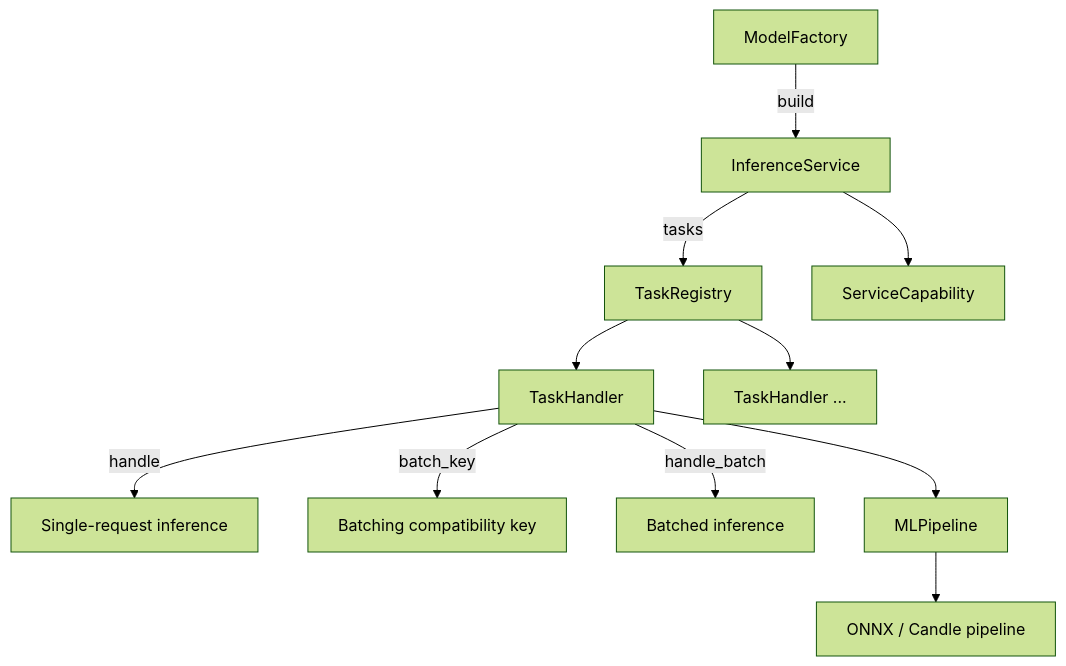
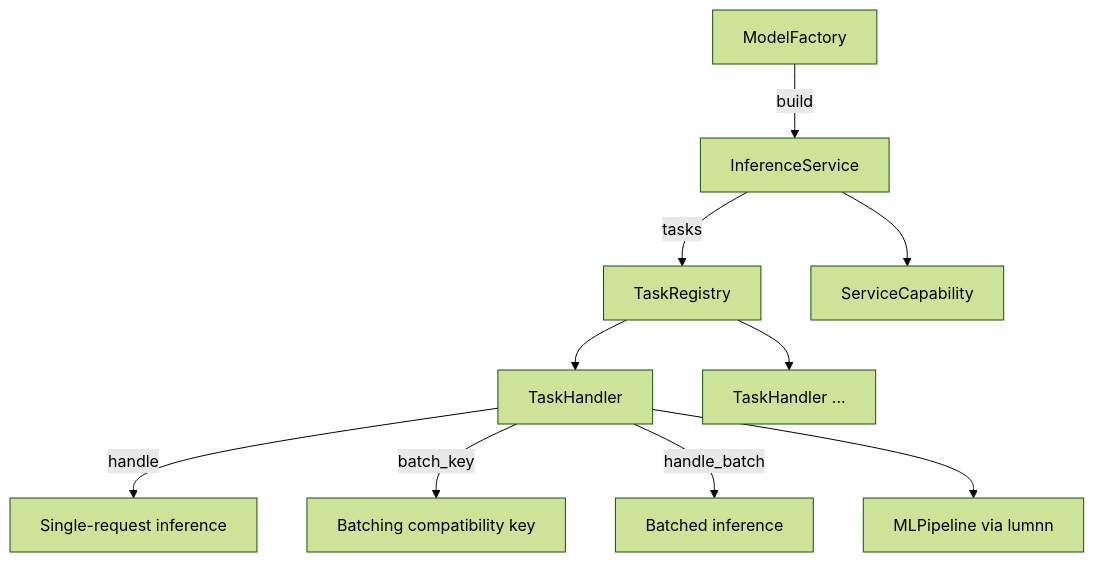
Before and after one commit to EdwinZhanCN/Lumen-Hub: the diagram in docs/docs/architecture/model-pattern.md, drawn with Mermaid (forest theme). The commit also changed other lines of this file and 16 other files, not shown here.

````diff
--- a/docs/docs/architecture/model-pattern.md
+++ b/docs/docs/architecture/model-pattern.md
@@ -11,13 +11,12 @@
 ```mermaid
 graph TD
     Factory[ModelFactory] -->|build| ISvc[InferenceService]
     ISvc -->|tasks| Registry[TaskRegistry]
     ISvc --> Capability[ServiceCapability]
     Registry --> TH1[TaskHandler]
     Registry --> TH2[TaskHandler ...]
     TH1 -->|handle| Single[Single-request inference]
     TH1 -->|batch_key| BCompat[Batching compatibility key]
     TH1 -->|handle_batch| Batch[Batched inference]
-    TH1 --> Pipeline[MLPipeline]
-    Pipeline --> Backend[ONNX / Candle pipeline]
+    TH1 --> Pipeline[MLPipeline via lumnn]
 ```
````
